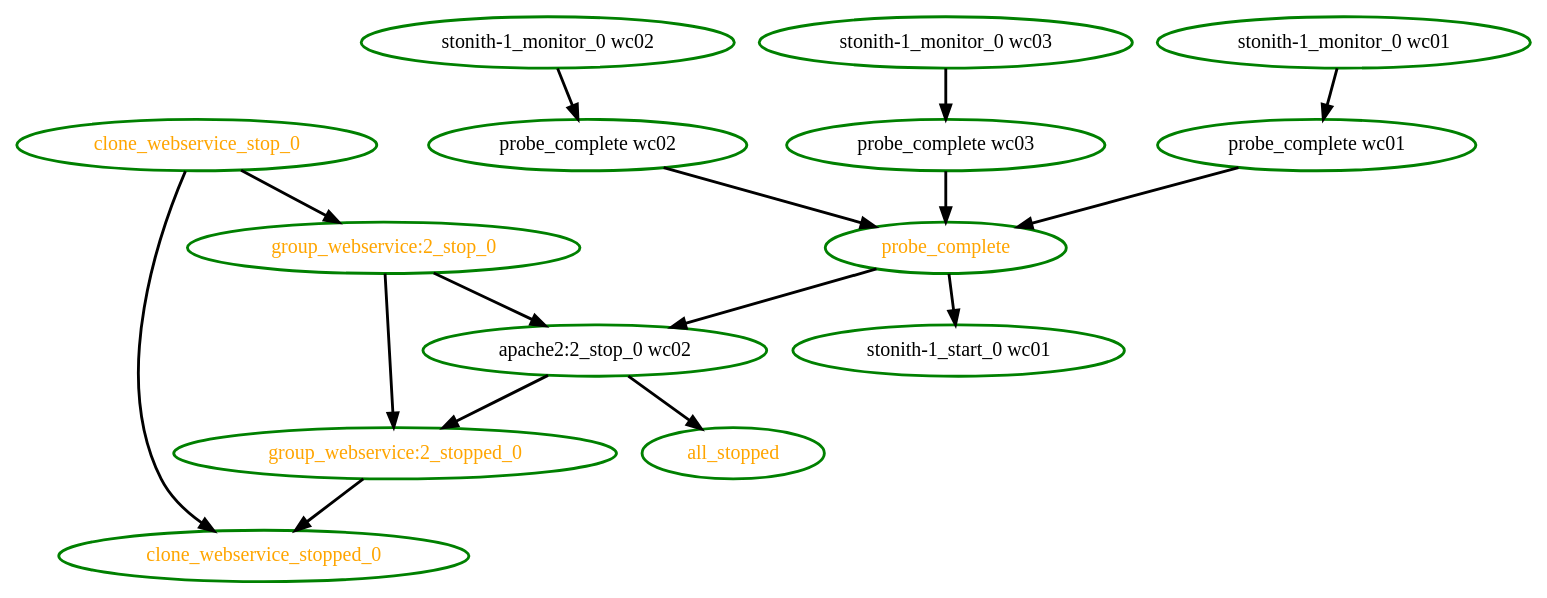
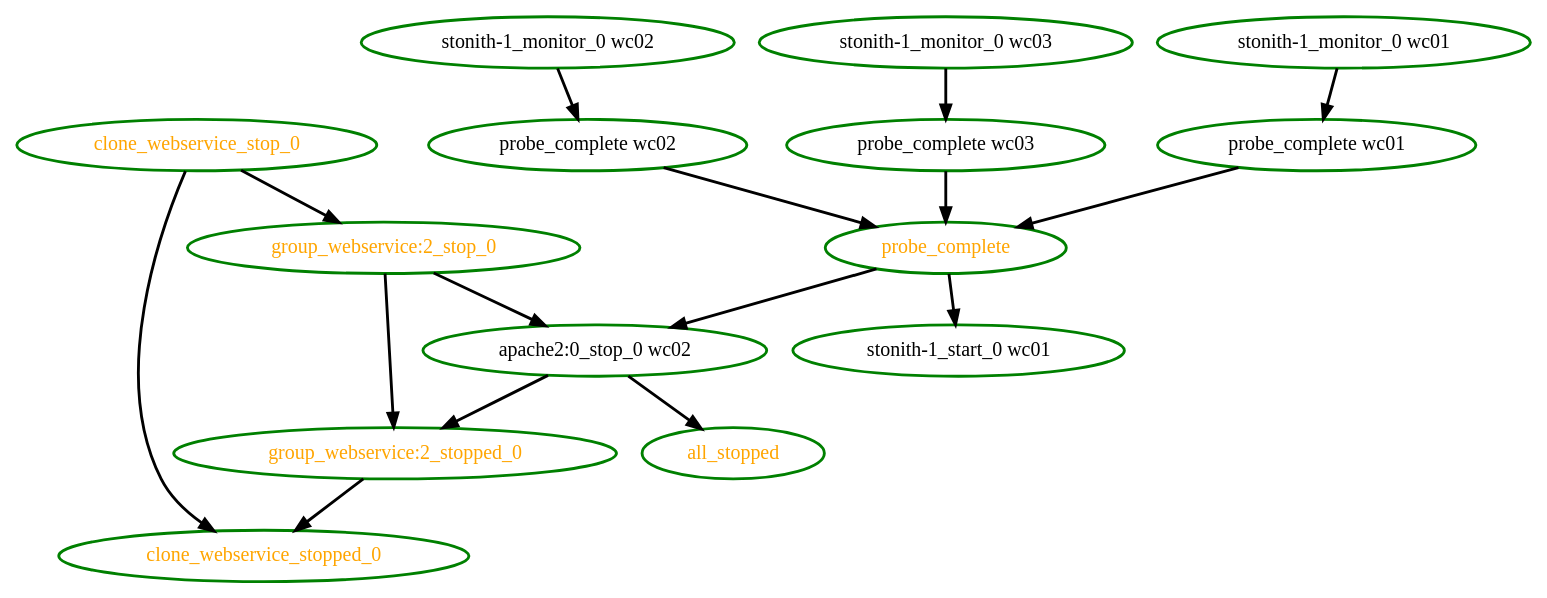
Before and after one commit to ClusterLabs/pacemaker: the diagram in pengine/test10/clone-anon-dup.dot, drawn with Graphviz. The commit also changed 12 other files, not shown here.

First line of the commit message:
Low: PE: Create the dot graphs based on the resource names from the status section

```diff
--- a/pengine/test10/clone-anon-dup.dot
+++ b/pengine/test10/clone-anon-dup.dot
@@ -1,31 +1,31 @@
 digraph "g" {
 "all_stopped" [ style=bold color="green" fontcolor="orange" ]
-"apache2:2_stop_0 wc02" -> "all_stopped" [ style = bold]
-"apache2:2_stop_0 wc02" -> "group_webservice:2_stopped_0" [ style = bold]
-"apache2:2_stop_0 wc02" [ style=bold color="green" fontcolor="black" ]
+"apache2:0_stop_0 wc02" -> "all_stopped" [ style = bold]
+"apache2:0_stop_0 wc02" -> "group_webservice:2_stopped_0" [ style = bold]
+"apache2:0_stop_0 wc02" [ style=bold color="green" fontcolor="black"]
 "clone_webservice_stop_0" -> "clone_webservice_stopped_0" [ style = bold]
 "clone_webservice_stop_0" -> "group_webservice:2_stop_0" [ style = bold]
 "clone_webservice_stop_0" [ style=bold color="green" fontcolor="orange" ]
 "clone_webservice_stopped_0" [ style=bold color="green" fontcolor="orange" ]
-"group_webservice:2_stop_0" -> "apache2:2_stop_0 wc02" [ style = bold]
+"group_webservice:2_stop_0" -> "apache2:0_stop_0 wc02" [ style = bold]
 "group_webservice:2_stop_0" -> "group_webservice:2_stopped_0" [ style = bold]
 "group_webservice:2_stop_0" [ style=bold color="green" fontcolor="orange" ]
 "group_webservice:2_stopped_0" -> "clone_webservice_stopped_0" [ style = bold]
 "group_webservice:2_stopped_0" [ style=bold color="green" fontcolor="orange" ]
 "probe_complete wc01" -> "probe_complete" [ style = bold]
 "probe_complete wc01" [ style=bold color="green" fontcolor="black" ]
 "probe_complete wc02" -> "probe_complete" [ style = bold]
 "probe_complete wc02" [ style=bold color="green" fontcolor="black" ]
 "probe_complete wc03" -> "probe_complete" [ style = bold]
 "probe_complete wc03" [ style=bold color="green" fontcolor="black" ]
-"probe_complete" -> "apache2:2_stop_0 wc02" [ style = bold]
+"probe_complete" -> "apache2:0_stop_0 wc02" [ style = bold]
 "probe_complete" -> "stonith-1_start_0 wc01" [ style = bold]
 "probe_complete" [ style=bold color="green" fontcolor="orange" ]
 "stonith-1_monitor_0 wc01" -> "probe_complete wc01" [ style = bold]
 "stonith-1_monitor_0 wc01" [ style=bold color="green" fontcolor="black" ]
 "stonith-1_monitor_0 wc02" -> "probe_complete wc02" [ style = bold]
 "stonith-1_monitor_0 wc02" [ style=bold color="green" fontcolor="black" ]
 "stonith-1_monitor_0 wc03" -> "probe_complete wc03" [ style = bold]
 "stonith-1_monitor_0 wc03" [ style=bold color="green" fontcolor="black" ]
 "stonith-1_start_0 wc01" [ style=bold color="green" fontcolor="black" ]
 }
```
